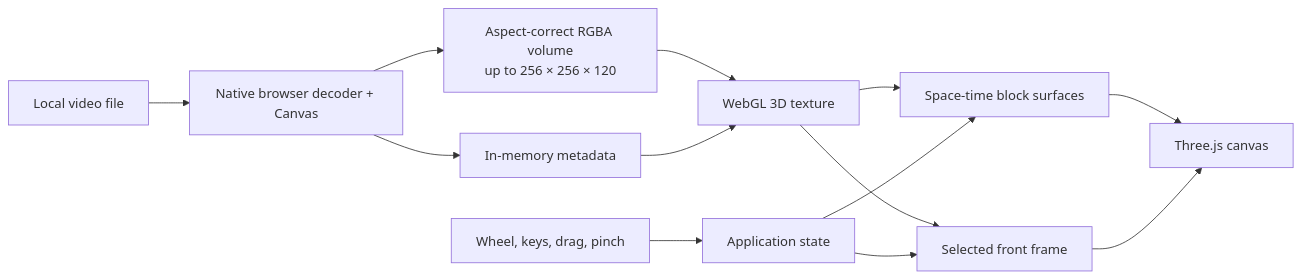
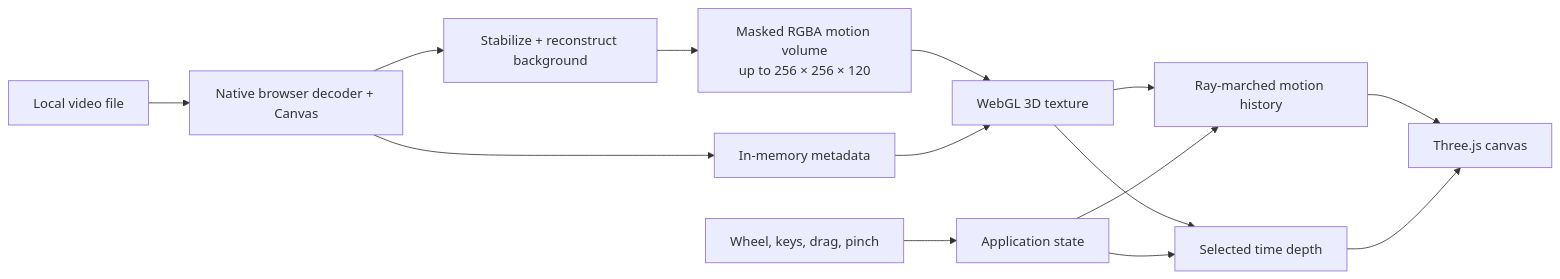
One commit to EvanGruhlkey/time-block changed the diagram in README.md. Above: the diagram before and after it, drawn with Mermaid. The commit also changed other lines of this file, not shown here.

Commit message:
updated the readme for motion volumes

````diff
--- a/README.md
+++ b/README.md
@@ -21,15 +22,16 @@
 ```mermaid
 flowchart LR
   V["Local video file"] --> B["Native browser decoder + Canvas"]
-  B --> R["Aspect-correct RGBA volume\nup to 256 × 256 × 120"]
+  B --> P["Stabilize + reconstruct background"]
+  P --> R["Masked RGBA motion volume\nup to 256 × 256 × 120"]
   B --> M["In-memory metadata"]
   R --> T["WebGL 3D texture"]
   M --> T
-  T --> H["Space-time block surfaces"]
-  T --> S["Selected front frame"]
+  T --> H["Ray-marched motion history"]
+  T --> S["Selected time depth"]
   I["Wheel, keys, drag, pinch"] --> A["Application state"]
   A --> H
   A --> S
   H --> C["Three.js canvas"]
   S --> C
 ```
````
